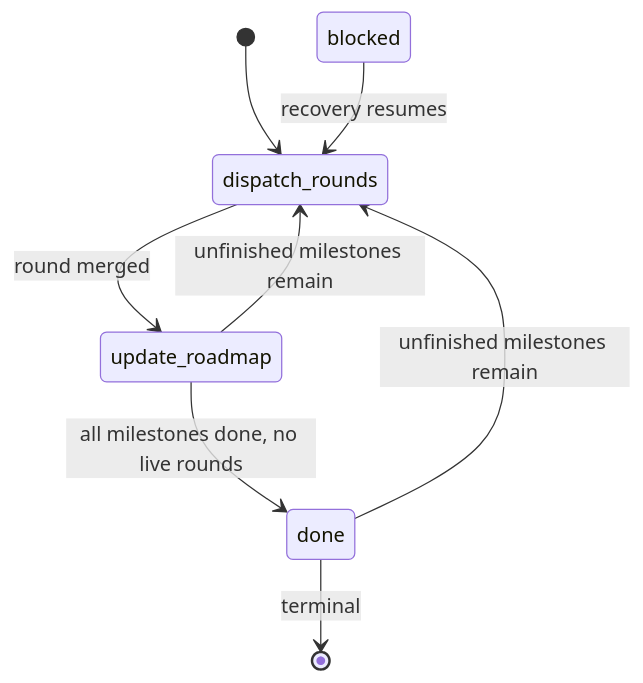
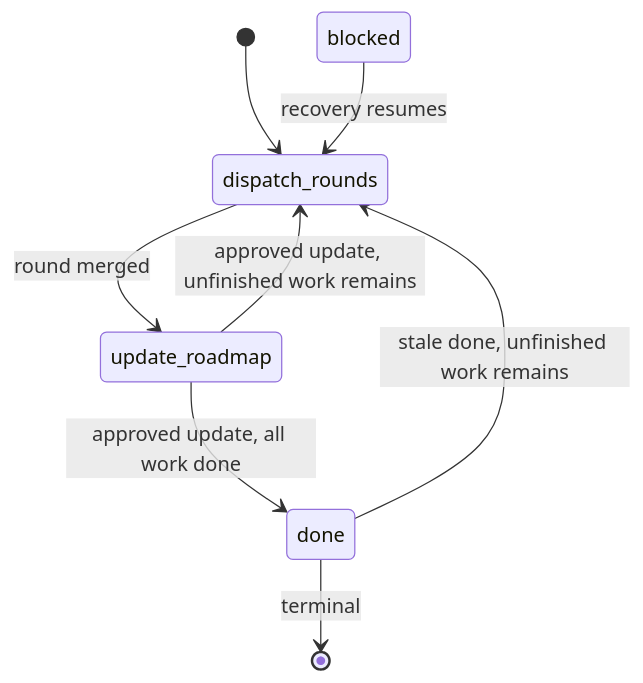
The first of 2 diagrams in skills/run-orchestrator-loop/references/state-machine.md (swaitw/orchestrator-skill), drawn with Mermaid before and after one commit. The commit also changed other lines of this file and 18 other files, not shown here.

Commit message:
Document scaffold alignment and roadmap update workflows

````diff
--- a/skills/run-orchestrator-loop/references/state-machine.md
+++ b/skills/run-orchestrator-loop/references/state-machine.md
@@ -82,10 +84,10 @@
 ```mermaid
 stateDiagram-v2
     [*] --> dispatch_rounds
     dispatch_rounds --> update_roadmap: round merged
     blocked --> dispatch_rounds: recovery resumes
-    update_roadmap --> dispatch_rounds: unfinished milestones remain
-    update_roadmap --> done: all milestones done, no live rounds
-    done --> dispatch_rounds: unfinished milestones remain
+    update_roadmap --> dispatch_rounds: approved update, unfinished work remains
+    update_roadmap --> done: approved update, all work done
+    done --> dispatch_rounds: stale done, unfinished work remains
     done --> [*]: terminal
 ```
````
